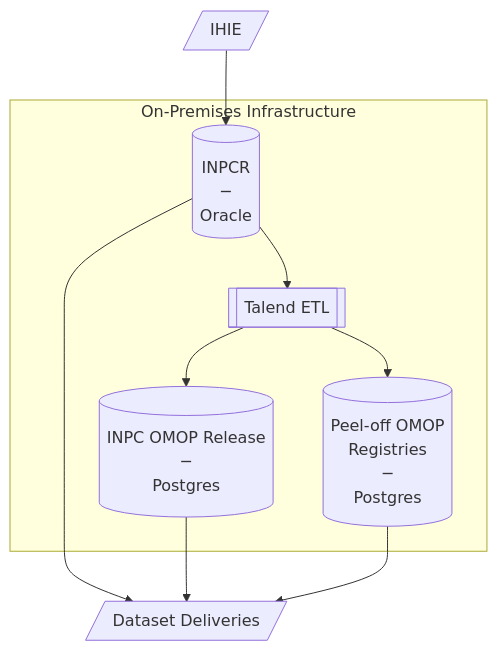
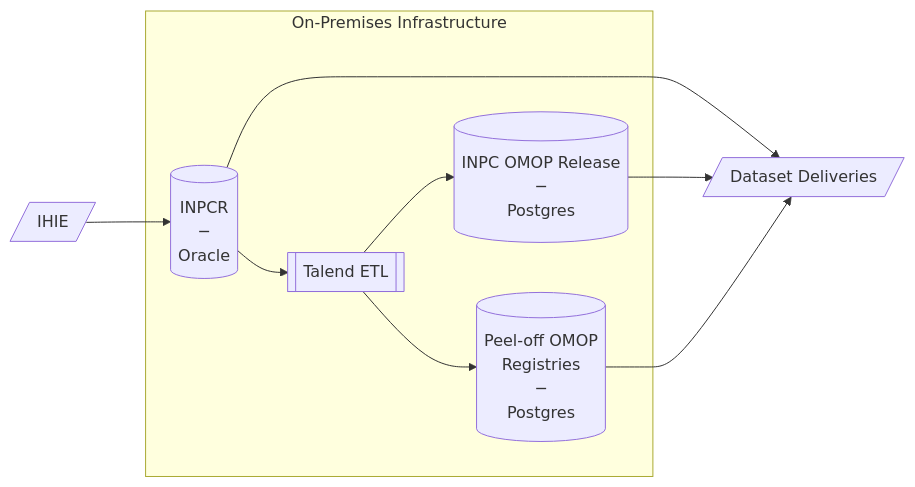
The first of 4 diagrams in README.md (am202/documentation), drawn with Mermaid before and after one commit. The commit also changed other lines of this file, not shown here.

````diff
--- a/README.md
+++ b/README.md
@@ -4,21 +4,21 @@
 ```mermaid
-  flowchart TD
+  flowchart LR
       ExtData[/"IHIE"/]
 
       subgraph onprem["On-Premises Infrastructure"]
           INPCR[("INPCR\n─\nOracle")]
           Talend[["Talend ETL"]]
           OMOP[("INPC OMOP Release\n─\nPostgres")]
           Registries[("Peel-off OMOP\nRegistries\n─\nPostgres")]
       end
 
       Deliveries[/"Dataset Deliveries"/]
 
       ExtData --> INPCR
       INPCR --> Talend
       INPCR --> Deliveries
       Talend --> OMOP
       Talend --> Registries
       OMOP --> Deliveries
       Registries --> Deliveries
 ```
````
